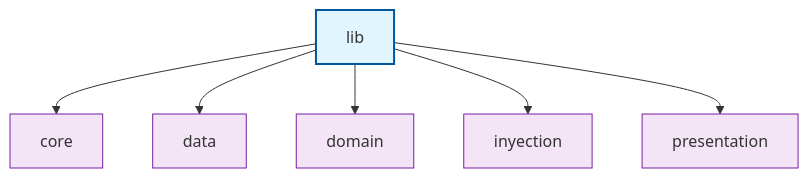
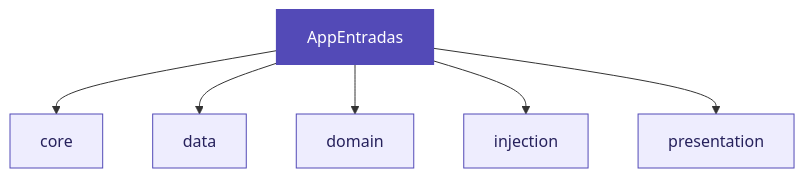
The third of 9 diagrams in README.md (ManuelPavonBuendia/AppEntradas), drawn with Mermaid before and after one commit. The commit also changed other lines of this file, not shown here.

First line of the commit message:
README for Eventum app details and features

````diff
--- a/README.md
+++ b/README.md
@@ -39,16 +120,11 @@
 ```mermaid
 graph TD
-    lib[lib]
-    lib --> core
-    lib --> data
-    lib --> domain
-    lib --> inyection
-    lib --> presentation
+    root[AppEntradas]:::rootStyle --> core
+    root --> data
+    root --> domain
+    root --> injection
+    root --> presentation
 
-    style lib fill:#e1f5fe,stroke:#01579b,stroke-width:2px
-    style core fill:#f3e5f5,stroke:#7b1fa2
-    style data fill:#f3e5f5,stroke:#7b1fa2
-    style domain fill:#f3e5f5,stroke:#7b1fa2
-    style inyection fill:#f3e5f5,stroke:#7b1fa2
-    style presentation fill:#f3e5f5,stroke:#7b1fa2
+    classDef rootStyle fill:#534AB7,color:#fff,stroke-width:2px
+    classDef default fill:#EEEDFE,color:#26215C,stroke:#534AB7
 ```
````
